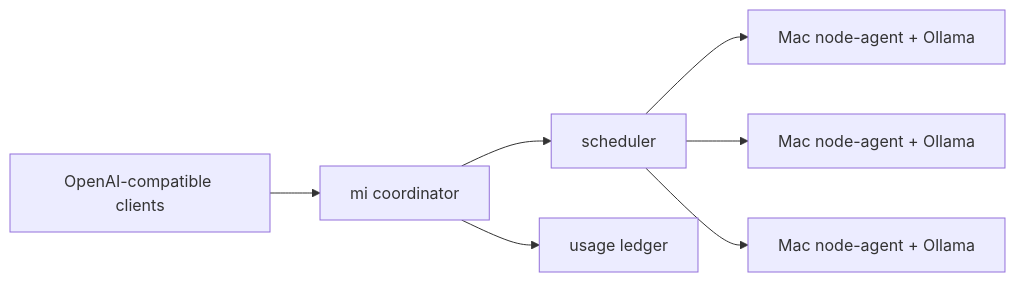
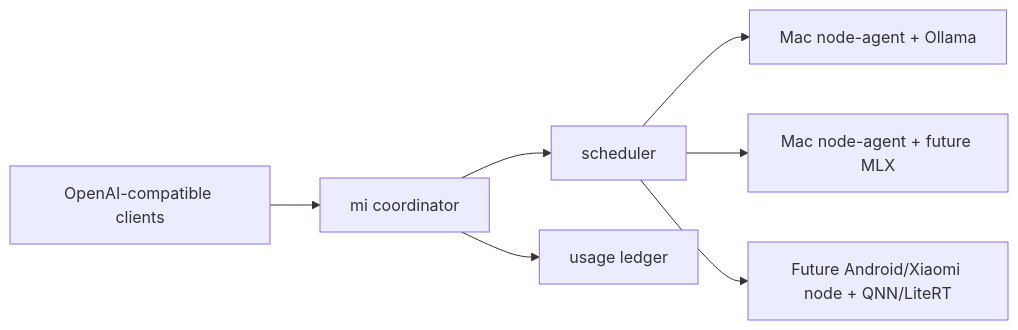
Before and after one commit to raym33/mi: the diagram in README.md, drawn with Mermaid. The commit also changed other lines of this file and 15 other files, not shown here.

````diff
--- a/README.md
+++ b/README.md
@@ -37,9 +37,9 @@
 ```mermaid
 flowchart LR
     C["OpenAI-compatible clients"] --> A["mi coordinator"]
     A --> S["scheduler"]
     S --> N1["Mac node-agent + Ollama"]
-    S --> N2["Mac node-agent + Ollama"]
-    S --> N3["Mac node-agent + Ollama"]
+    S --> N2["Mac node-agent + future MLX"]
+    S --> N3["Future Android/Xiaomi node + QNN/LiteRT"]
     A --> L["usage ledger"]
 ```
````
